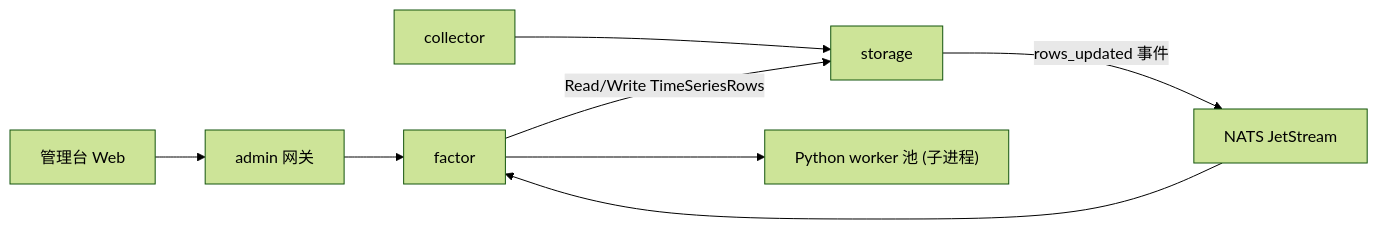
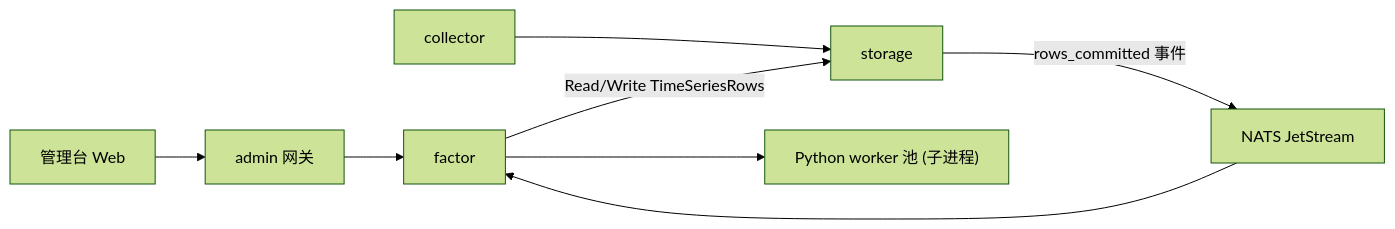
The first of 3 diagrams in docs/因子计算模块设计.md (mooyang-code/moox), drawn with Mermaid (forest theme) before and after one commit. The commit also changed other lines of this file and 382 other files, not shown here.

````diff
--- a/docs/因子计算模块设计.md
+++ b/docs/因子计算模块设计.md
@@ -48,10 +48,10 @@
 ```mermaid
 flowchart LR
   Web["管理台 Web"] --> Admin["admin 网关"]
   Admin --> Factor["factor"]
   Collector["collector"] --> Storage["storage"]
-  Storage -- "rows_updated 事件" --> NATS["NATS JetStream"]
+  Storage -- "rows_committed 事件" --> NATS["NATS JetStream"]
   NATS --> Factor
   Factor -- "Read/Write TimeSeriesRows" --> Storage
   Factor --> PyWorker["Python worker 池 (子进程)"]
 ```
````
